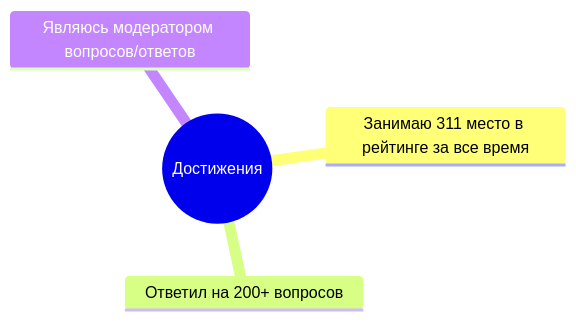
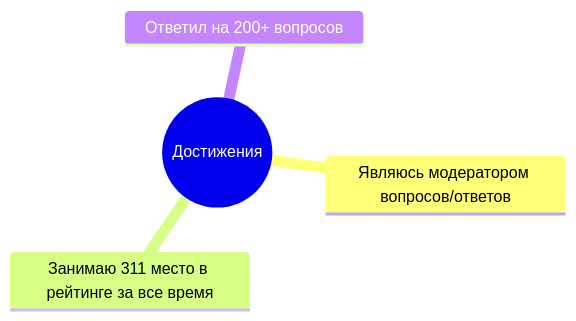
The third of 4 diagrams in README.md (Goodzonchik/Goodzonchik), drawn with Mermaid before and after one commit. The commit also changed other lines of this file, not shown here.

````diff
--- a/README.md
+++ b/README.md
@@ -43,7 +43,7 @@
 ```mermaid
 mindmap
   root((Достижения))
+    Являюсь модератором вопросов/ответов
     Занимаю 311 место в рейтинге за все время
     Ответил на 200+ вопросов
-    Являюсь модератором вопросов/ответов
 ```
````
